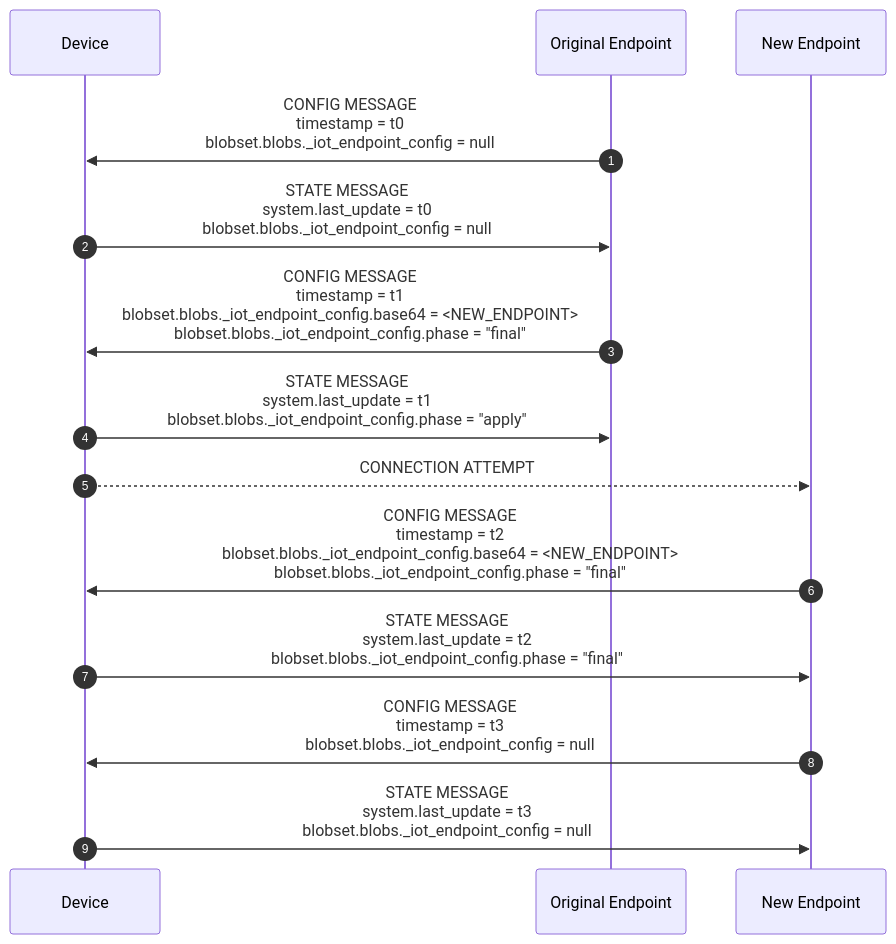
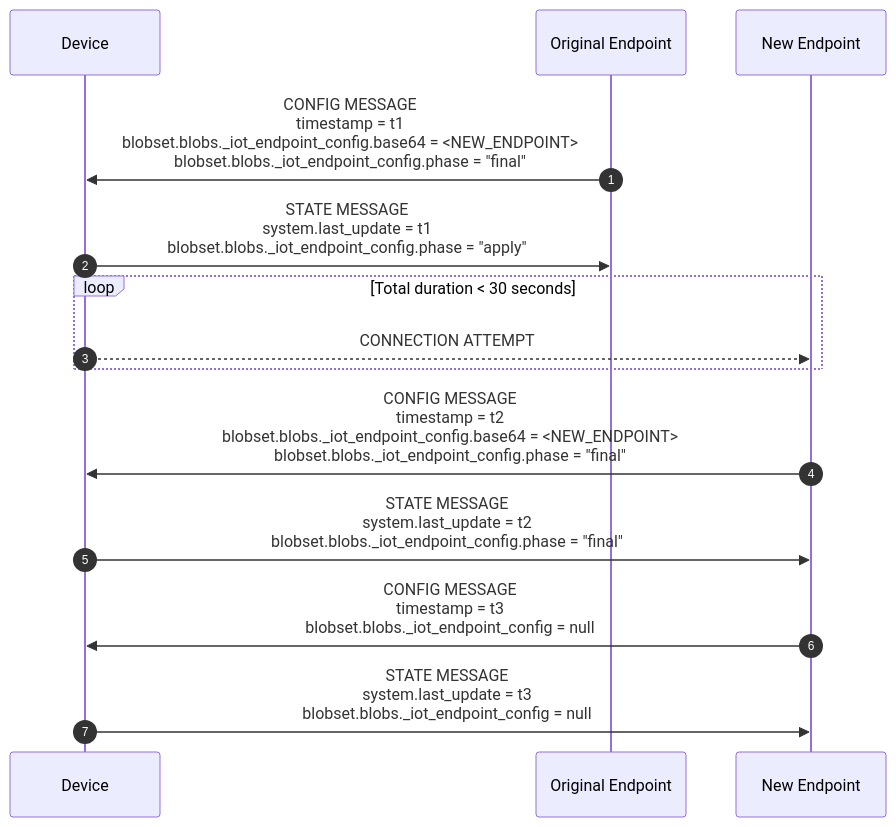
The first of 2 diagrams in docs/specs/sequences/endpoint_reconfiguration.md (faucetsdn/udmi), drawn with Mermaid before and after one commit. The commit also changed other lines of this file, not shown here.

````diff
--- a/docs/specs/sequences/endpoint_reconfiguration.md
+++ b/docs/specs/sequences/endpoint_reconfiguration.md
@@ -20,17 +20,17 @@
 ```mermaid
 %%{wrap}%%
 sequenceDiagram
     autonumber
     participant D as Device
     participant E as Original Endpoint
     participant E' as New Endpoint
-    E->>D:CONFIG MESSAGE<br>timestamp = t0<br/>blobset.blobs._iot_endpoint_config = null
-    D->>E:STATE MESSAGE<br/>system.last_update = t0<br/>blobset.blobs._iot_endpoint_config = null
     E->>D:CONFIG MESSAGE<br>timestamp = t1<br/>blobset.blobs._iot_endpoint_config.base64 = <NEW_ENDPOINT><br>blobset.blobs._iot_endpoint_config.phase = "final"
     D->>E:STATE MESSAGE<br/>system.last_update = t1<br/>blobset.blobs._iot_endpoint_config.phase = "apply"
+    loop Total duration < 30 seconds
     D-->>E':CONNECTION ATTEMPT
+    end
     E'->>D:CONFIG MESSAGE<br>timestamp = t2<br/>blobset.blobs._iot_endpoint_config.base64 = <NEW_ENDPOINT><br>blobset.blobs._iot_endpoint_config.phase = "final"
     D->>E':STATE MESSAGE<br/>system.last_update = t2<br/>blobset.blobs._iot_endpoint_config.phase = "final"
     E'->>D:CONFIG MESSAGE<br/>timestamp = t3<br/>blobset.blobs._iot_endpoint_config = null
     D->>E':STATE MESSAGE<br/>system.last_update = t3<br/>blobset.blobs._iot_endpoint_config = null
 ```
````
